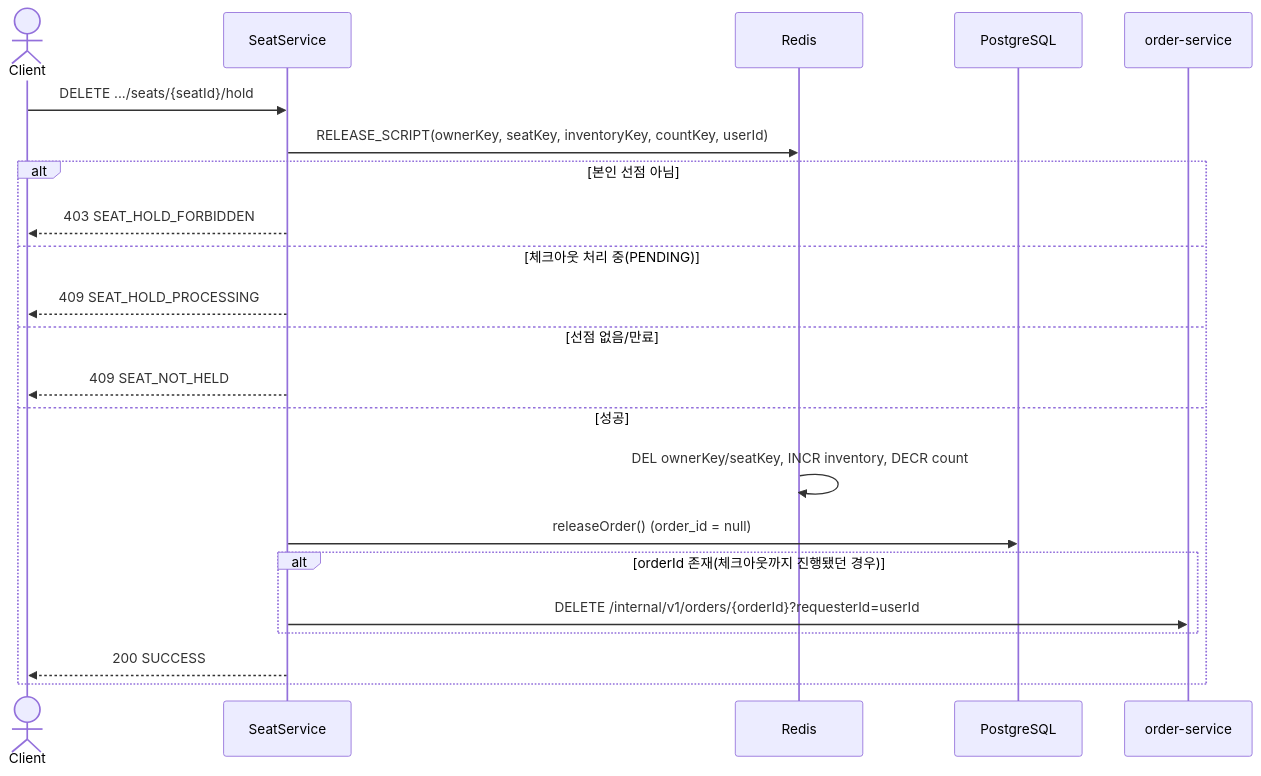
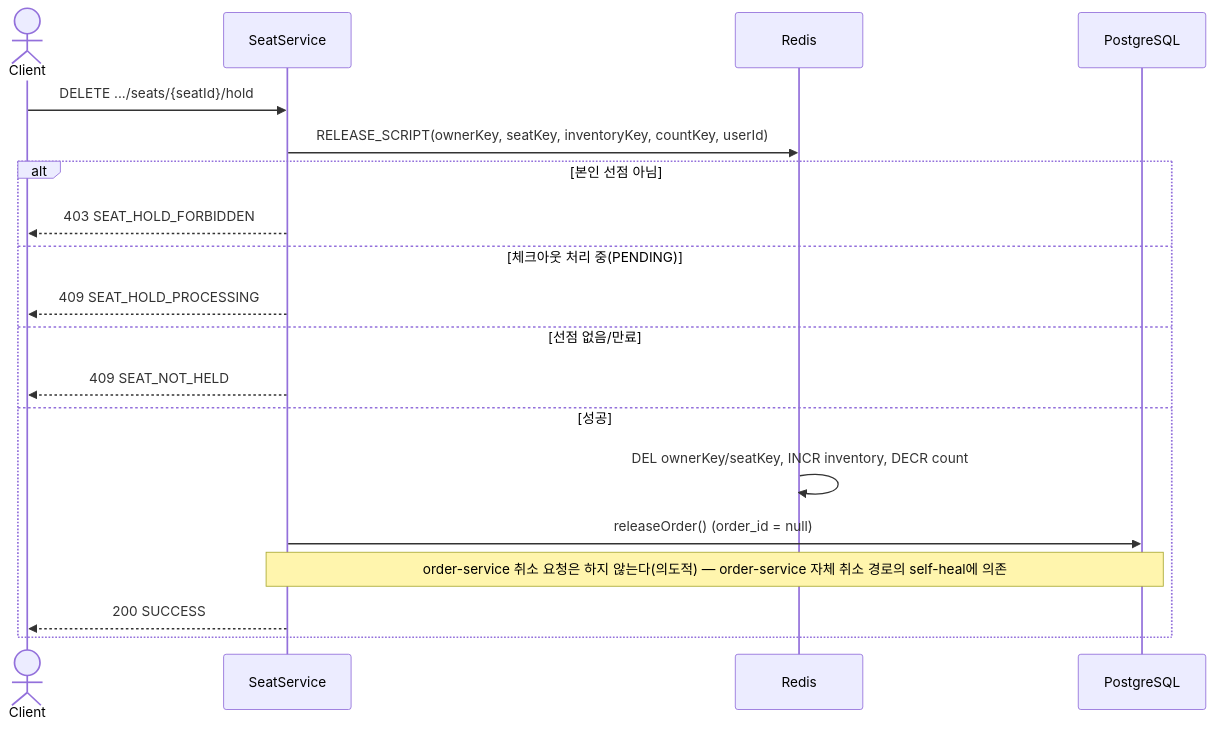
Before and after one commit to 6pm-sparta/6pm: the sixth of 8 diagrams in docs/ticketing-service/flows.md, drawn with Mermaid. The commit also changed other lines of this file and 18 other files, not shown here.

````diff
--- a/docs/ticketing-service/flows.md
+++ b/docs/ticketing-service/flows.md
@@ -233,25 +234,22 @@
 ```mermaid
 sequenceDiagram
     actor Client
     participant T as SeatService
     participant R as Redis
     participant DB as PostgreSQL
-    participant O as order-service
 
     Client->>T: DELETE .../seats/{seatId}/hold
     T->>R: RELEASE_SCRIPT(ownerKey, seatKey, inventoryKey, countKey, userId)
     alt 본인 선점 아님
         T-->>Client: 403 SEAT_HOLD_FORBIDDEN
     else 체크아웃 처리 중(PENDING)
         T-->>Client: 409 SEAT_HOLD_PROCESSING
     else 선점 없음/만료
         T-->>Client: 409 SEAT_NOT_HELD
     else 성공
         R->>R: DEL ownerKey/seatKey, INCR inventory, DECR count
         T->>DB: releaseOrder() (order_id = null)
-        alt orderId 존재(체크아웃까지 진행됐던 경우)
-            T->>O: DELETE /internal/v1/orders/{orderId}?requesterId=userId
-        end
+        note over T,DB: order-service 취소 요청은 하지 않는다(의도적) — order-service 자체 취소 경로의 self-heal에 의존
         T-->>Client: 200 SUCCESS
     end
 ```
````
